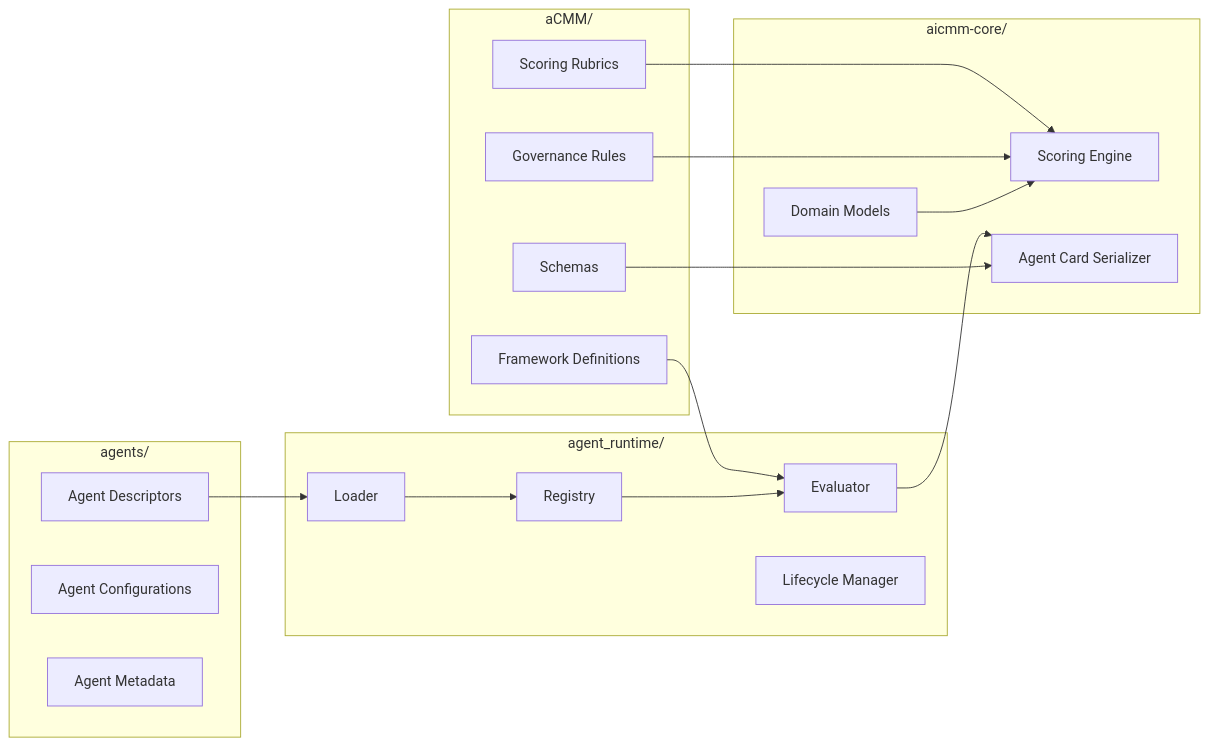
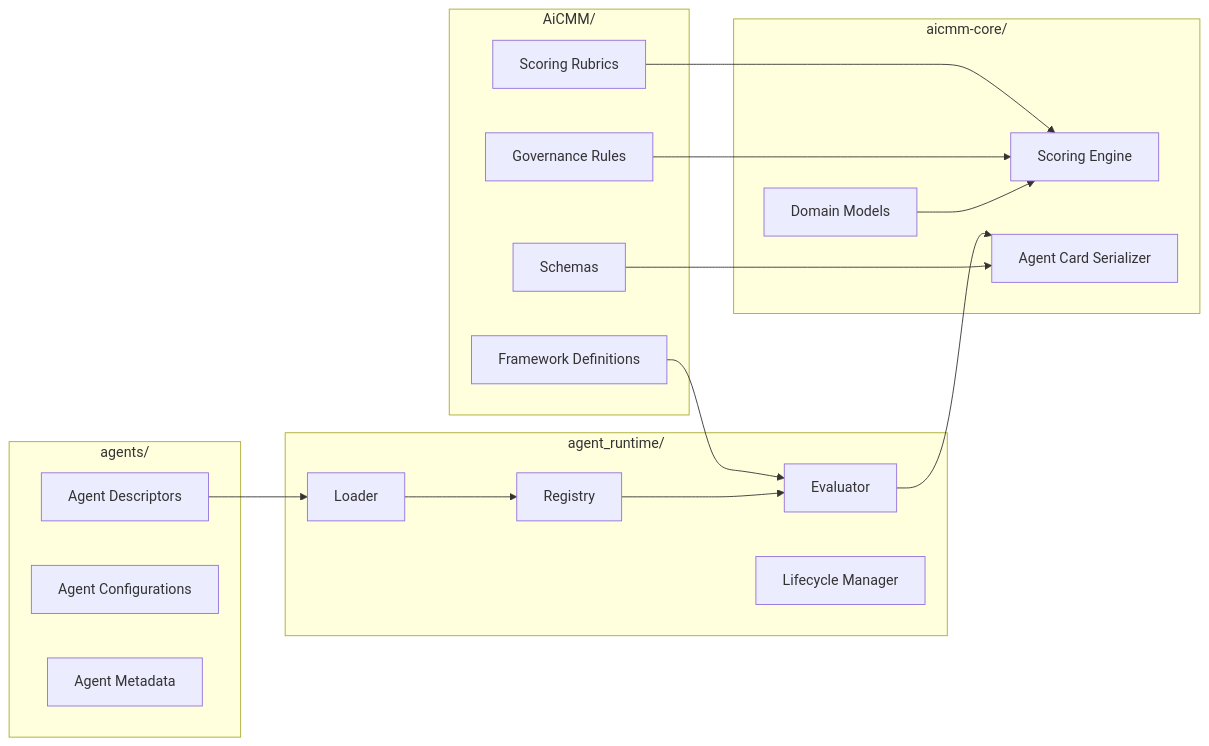
The second of 8 diagrams in docs/architecture/platform-architecture.md (snchande/Arima-AiCMM), drawn with Mermaid before and after one commit. The commit also changed other lines of this file and 56 other files, not shown here.

````diff
--- a/docs/architecture/platform-architecture.md
+++ b/docs/architecture/platform-architecture.md
@@ -63,38 +63,38 @@
 ```mermaid
 graph LR
     subgraph "agents/"
         AD["Agent Descriptors"]
         AC["Agent Configurations"]
         AM["Agent Metadata"]
     end
 
-    subgraph "aCMM/"
+    subgraph "AiCMM/"
         FW["Framework Definitions"]
         RB["Scoring Rubrics"]
         GR["Governance Rules"]
         SC["Schemas"]
     end
 
     subgraph "agent_runtime/"
         LDR["Loader"]
         REG["Registry"]
         EVL["Evaluator"]
         LCM["Lifecycle Manager"]
     end
 
     subgraph "aicmm-core/"
         MDL["Domain Models"]
         SE["Scoring Engine"]
         ACS["Agent Card Serializer"]
     end
 
     AD --> LDR
     FW --> EVL
     RB --> SE
     GR --> SE
     LDR --> REG
     REG --> EVL
     EVL --> ACS
     MDL --> SE
     SC --> ACS
 ```
````
